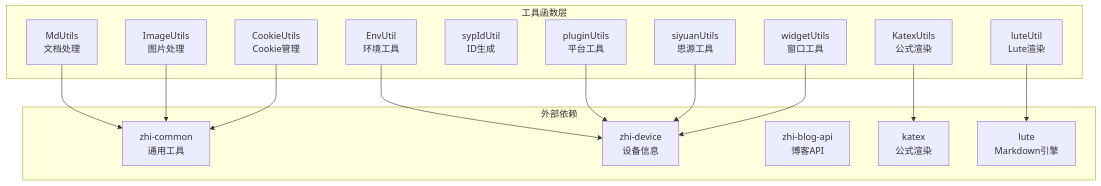
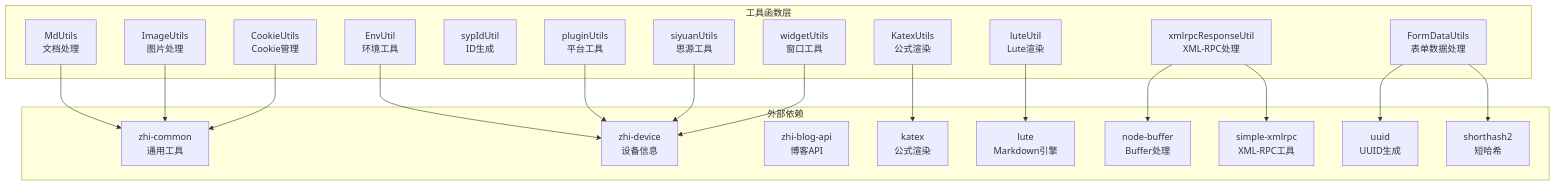
The second of 8 diagrams in .qoder/repowiki/zh/content/API参考文档/工具函数API/工具函数API.md (terwer/siyuan-plugin-publisher), drawn with Mermaid before and after one commit. The commit also changed other lines of this file and 16 other files, not shown here.

````diff
--- a/.qoder/repowiki/zh/content/API参考文档/工具函数API/工具函数API.md
+++ b/.qoder/repowiki/zh/content/API参考文档/工具函数API/工具函数API.md
@@ -443,31 +525,41 @@
 ```mermaid
 graph TB
 subgraph "工具函数层"
 A[MdUtils<br/>文档处理]
 B[ImageUtils<br/>图片处理]
 C[CookieUtils<br/>Cookie管理]
 D[EnvUtil<br/>环境工具]
 E[sypIdUtil<br/>ID生成]
 F[pluginUtils<br/>平台工具]
 G[KatexUtils<br/>公式渲染]
 H[luteUtil<br/>Lute渲染]
 I[siyuanUtils<br/>思源工具]
 J[widgetUtils<br/>窗口工具]
+K[xmlrpcResponseUtil<br/>XML-RPC处理]
+L[FormDataUtils<br/>表单数据处理]
 end
 subgraph "外部依赖"
-K[zhi-common<br/>通用工具]
-L[zhi-device<br/>设备信息]
-M[zhi-blog-api<br/>博客API]
-N[katex<br/>公式渲染]
-O[lute<br/>Markdown引擎]
+M[zhi-common<br/>通用工具]
+N[zhi-device<br/>设备信息]
+O[zhi-blog-api<br/>博客API]
+P[katex<br/>公式渲染]
+Q[lute<br/>Markdown引擎]
+R[node-buffer<br/>Buffer处理]
+S[simple-xmlrpc<br/>XML-RPC工具]
+T[uuid<br/>UUID生成]
+U[shorthash2<br/>短哈希]
 end
-A --> K
-B --> K
-C --> K
-D --> L
-F --> L
-G --> N
-H --> O
-I --> L
-J --> L
+A --> M
+B --> M
+C --> M
+D --> N
+F --> N
+G --> P
+H --> Q
+I --> N
+J --> N
+K --> R
+K --> S
+L --> T
+L --> U
 ```
````
